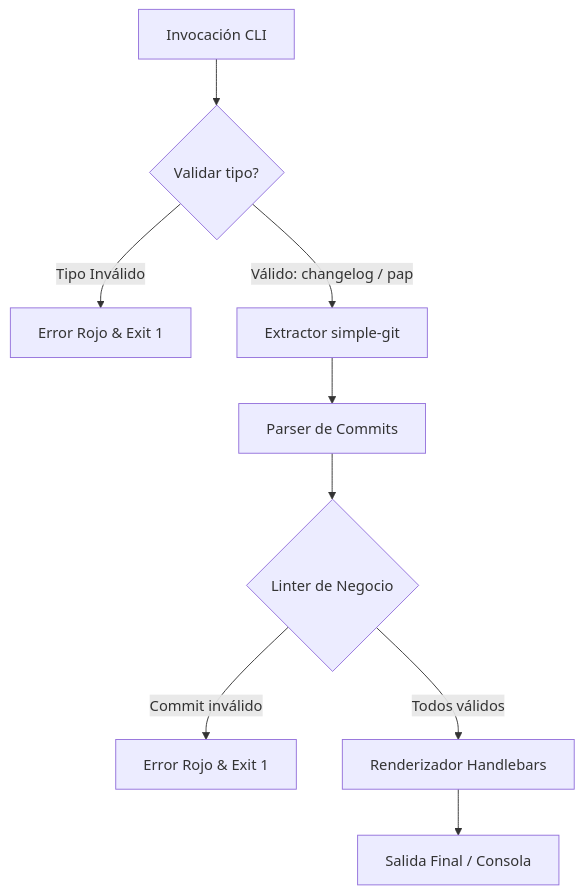
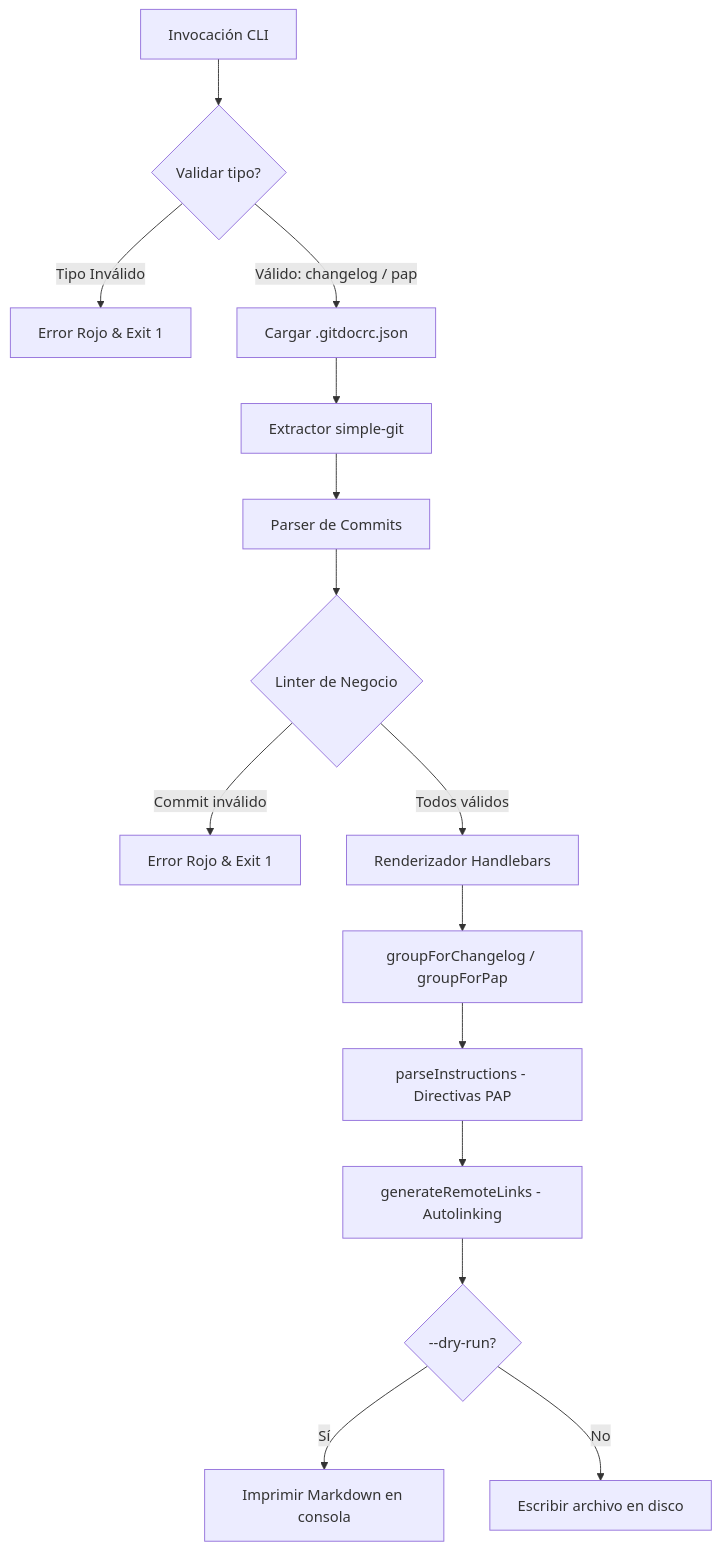
One commit to josewebcreator/my-gitdoc changed the diagram in README.md. Above: the diagram before and after it, drawn with Mermaid. The commit also changed other lines of this file and 1 other file, not shown here.

````diff
--- a/README.md
+++ b/README.md
@@ -166,11 +247,17 @@
 ```mermaid
 graph TD
     A[Invocación CLI] --> B{Validar tipo?}
     B --> |Tipo Inválido| C[Error Rojo & Exit 1]
-    B --> |Válido: changelog / pap| D[Extractor simple-git]
+    B --> |Válido: changelog / pap| RC[Cargar .gitdocrc.json]
+    RC --> D[Extractor simple-git]
     D --> E[Parser de Commits]
     E --> F{Linter de Negocio}
     F --> |Commit inválido| G[Error Rojo & Exit 1]
     F --> |Todos válidos| H[Renderizador Handlebars]
-    H --> I[Salida Final / Consola]
+    H --> H1[groupForChangelog / groupForPap]
+    H1 --> H2[parseInstructions - Directivas PAP]
+    H2 --> H3[generateRemoteLinks - Autolinking]
+    H3 --> I{--dry-run?}
+    I --> |Sí| J[Imprimir Markdown en consola]
+    I --> |No| K[Escribir archivo en disco]
 ```
````
